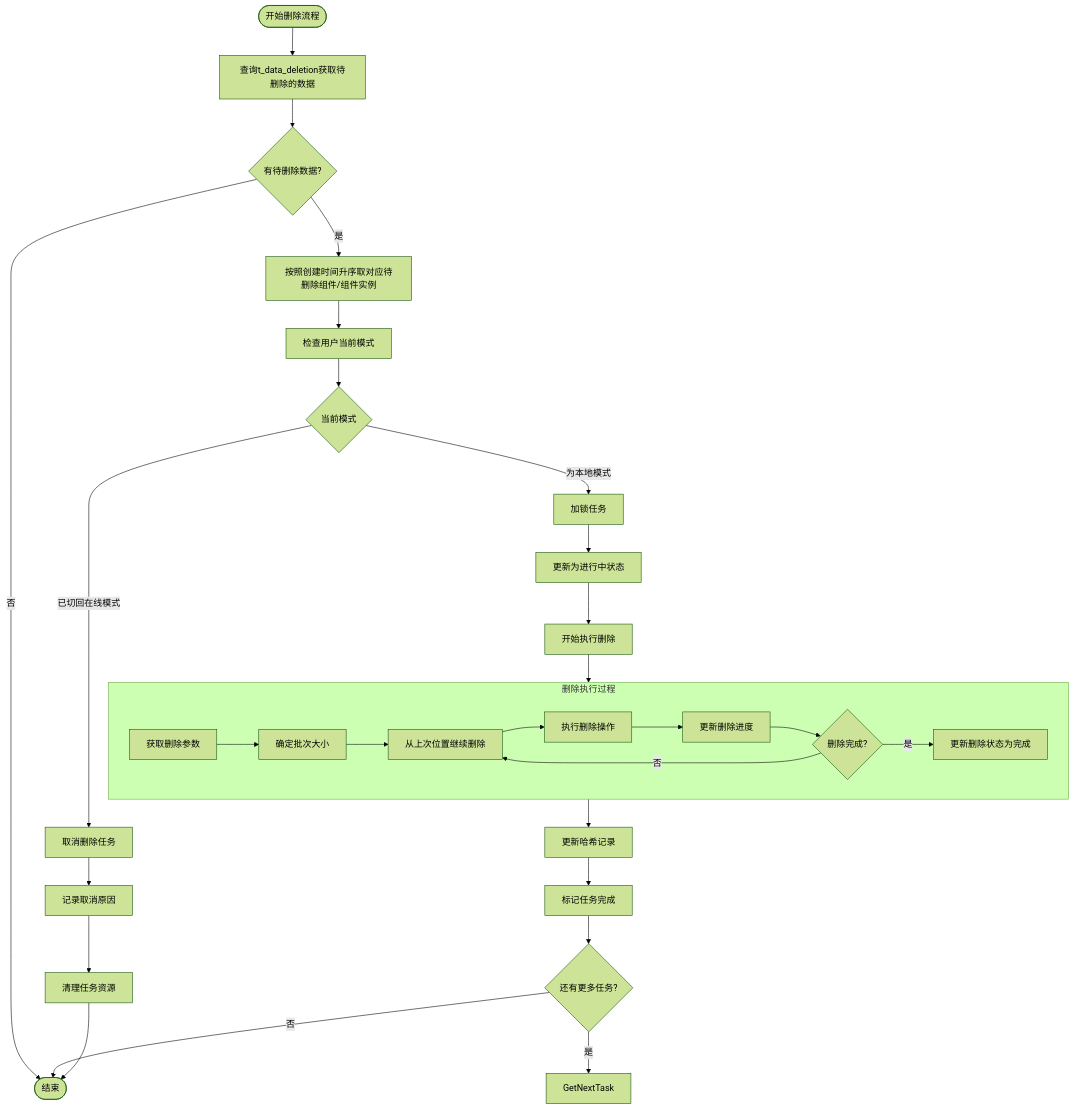
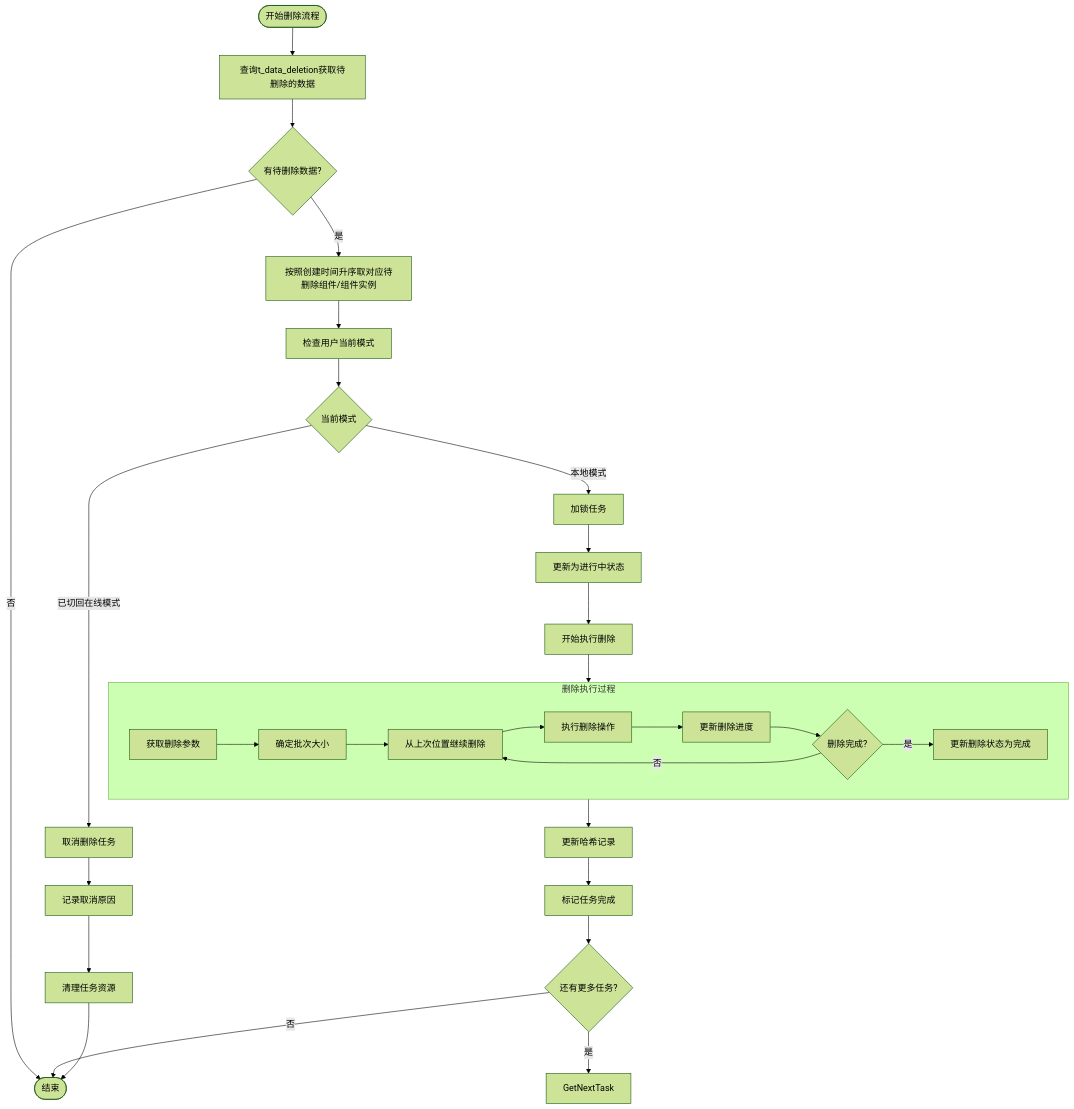
The diagram in all/未命名-51.md (yingjianzh/iodraw-files), drawn with Mermaid (forest theme) before and after one commit.

Commit message:
2025-05-08 15:26:41 update

````diff
--- a/all/未命名-51.md
+++ b/all/未命名-51.md
@@ -1,41 +1,41 @@
 ```mermaid
 flowchart TD
     Start([开始删除流程]) --> FetchTasks[查询t_data_deletion获取待删除的数据]
     FetchTasks --> HasTasks{有待删除数据?}
     
     HasTasks -->|否| End([结束])
     HasTasks -->|是| PrioritizeTasks[按照创建时间升序取对应待删除组件/组件实例]
     
     PrioritizeTasks --> CheckUserMode[检查用户当前模式]
     
     CheckUserMode --> CurrentMode{当前模式}
     CurrentMode -->|已切回在线模式| TaskCancel[取消删除任务]
-    CurrentMode -->|为本地模式| LockTask[加锁任务]
+    CurrentMode -->|本地模式| LockTask[加锁任务]
     
     LockTask --> UpdateStatus[更新为进行中状态]
     UpdateStatus --> BeginDeletion[开始执行删除]
     
     subgraph DeletionProcess [删除执行过程]
         A[获取删除参数] --> B[确定批次大小]
         B --> C[从上次位置继续删除]
         C --> D[执行删除操作]
         D --> E[更新删除进度]
         E --> F{删除完成?}
         F -->|否| C
         F -->|是| G[更新删除状态为完成]
     end
     
     BeginDeletion --> DeletionProcess
     
     DeletionProcess --> UpdateHashRecord[更新哈希记录]
     UpdateHashRecord --> MarkCompleted[标记任务完成]
     
     TaskCancel --> LogCancellation[记录取消原因]
     LogCancellation --> CleanupTask[清理任务资源]
     
     MarkCompleted --> CheckMoreTasks{还有更多任务?}
     CheckMoreTasks -->|是| GetNextTask
     CheckMoreTasks -->|否| End
     
     CleanupTask --> End
 ```
````
